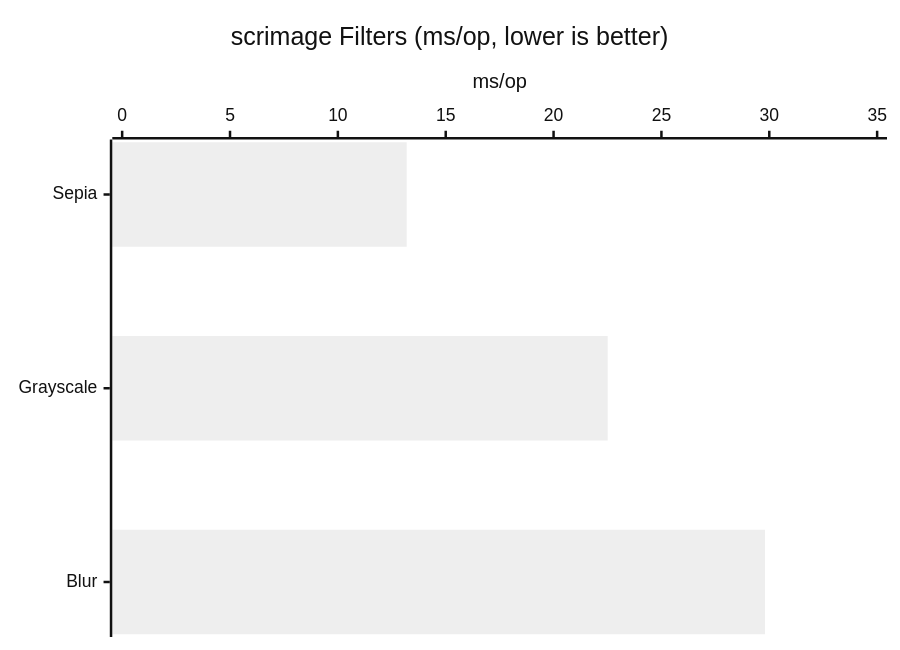
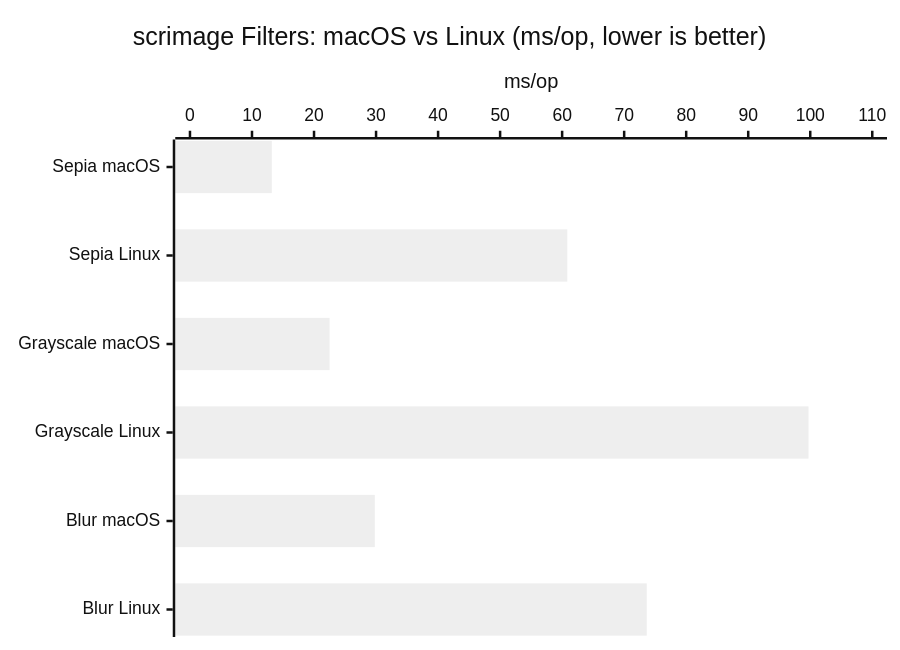
Before and after one commit to bluetape4k/bluetape4k-projects: the fourth of 4 diagrams in images/images-benchmark/README.md, drawn with Mermaid (neutral theme). The commit also changed other lines of this file and 4 other files, not shown here.

````diff
--- a/images/images-benchmark/README.md
+++ b/images/images-benchmark/README.md
@@ -80,7 +87,7 @@
 ```mermaid
 xychart-beta horizontal
-    title "scrimage Filters (ms/op, lower is better)"
-    x-axis ["Sepia", "Grayscale", "Blur"]
-    y-axis "ms/op" 0 --> 35
-    bar [13.19, 22.51, 29.80]
+    title "scrimage Filters: macOS vs Linux (ms/op, lower is better)"
+    x-axis ["Sepia macOS", "Sepia Linux", "Grayscale macOS", "Grayscale Linux", "Blur macOS", "Blur Linux"]
+    y-axis "ms/op" 0 --> 110
+    bar [13.19, 60.83, 22.51, 99.72, 29.80, 73.64]
 ```
````
